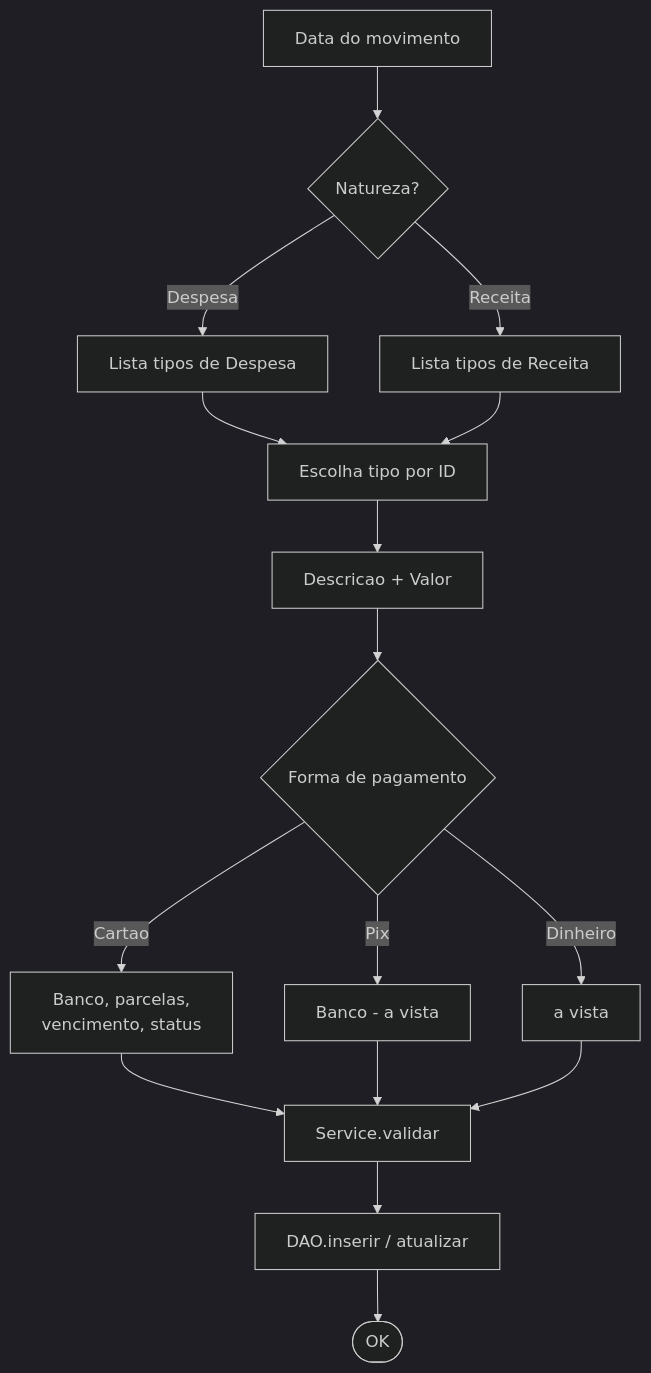
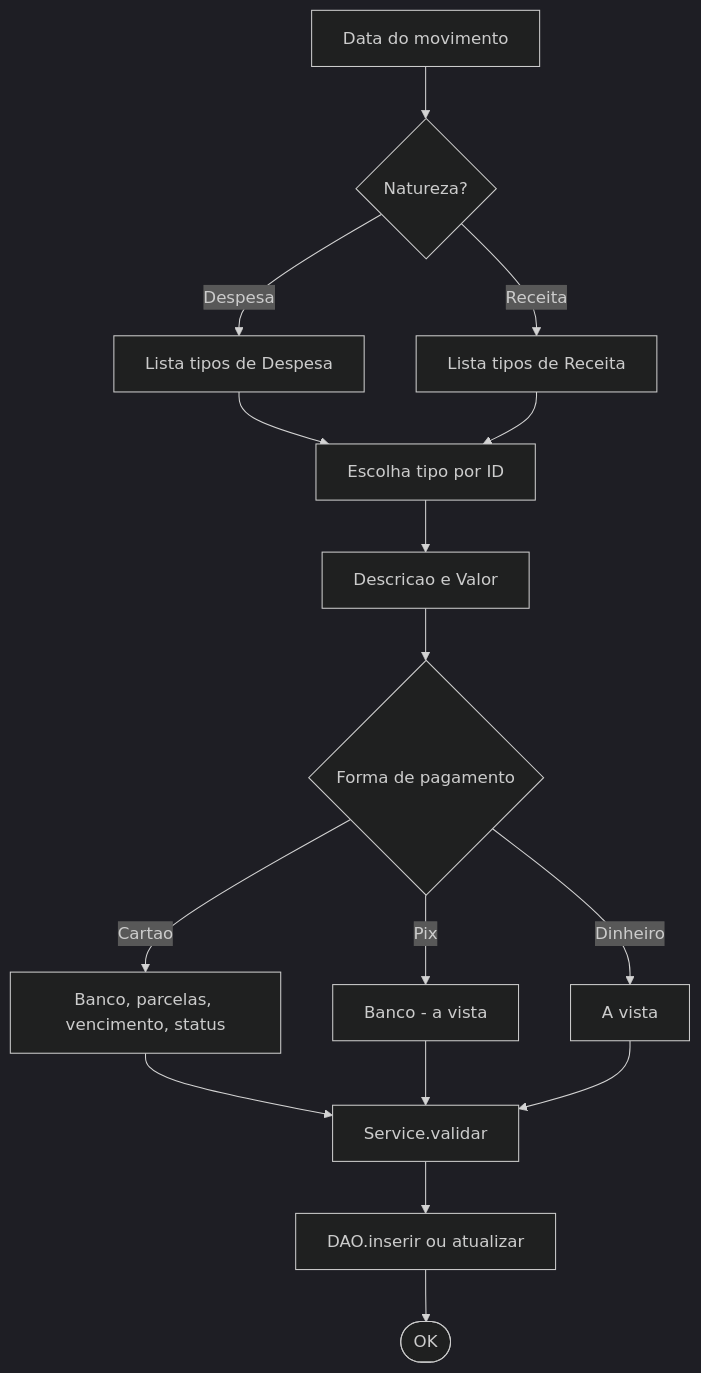
Before and after one commit to guilhermelorec/financeApp: the third of 4 diagrams in docs/apresentacao.md, drawn with Mermaid (dark theme). The commit also changed other lines of this file and 6 other files, not shown here.

````diff
--- a/docs/apresentacao.md
+++ b/docs/apresentacao.md
@@ -192,18 +186,18 @@
 ```mermaid
 flowchart TD
     A[Data do movimento] --> B{Natureza?}
     B -->|Despesa| C[Lista tipos de Despesa]
     B -->|Receita| D[Lista tipos de Receita]
     C --> E[Escolha tipo por ID]
     D --> E
-    E --> F[Descricao + Valor]
+    E --> F[Descricao e Valor]
     F --> G{Forma de pagamento}
-    G -->|Cartao| H[Banco, parcelas,<br/>vencimento, status]
+    G -->|Cartao| H["Banco, parcelas, vencimento, status"]
     G -->|Pix| I[Banco - a vista]
-    G -->|Dinheiro| J[a vista]
+    G -->|Dinheiro| J[A vista]
     H --> K[Service.validar]
     I --> K
     J --> K
-    K --> L[DAO.inserir / atualizar]
+    K --> L[DAO.inserir ou atualizar]
     L --> M([OK])
 ```
````
